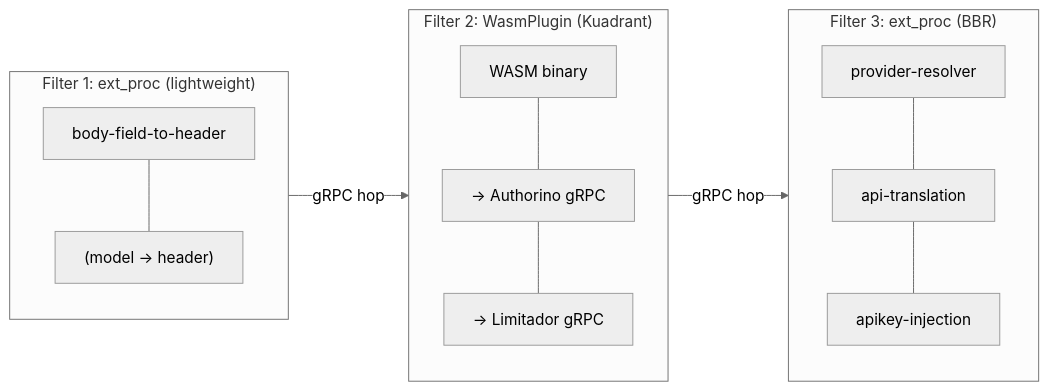
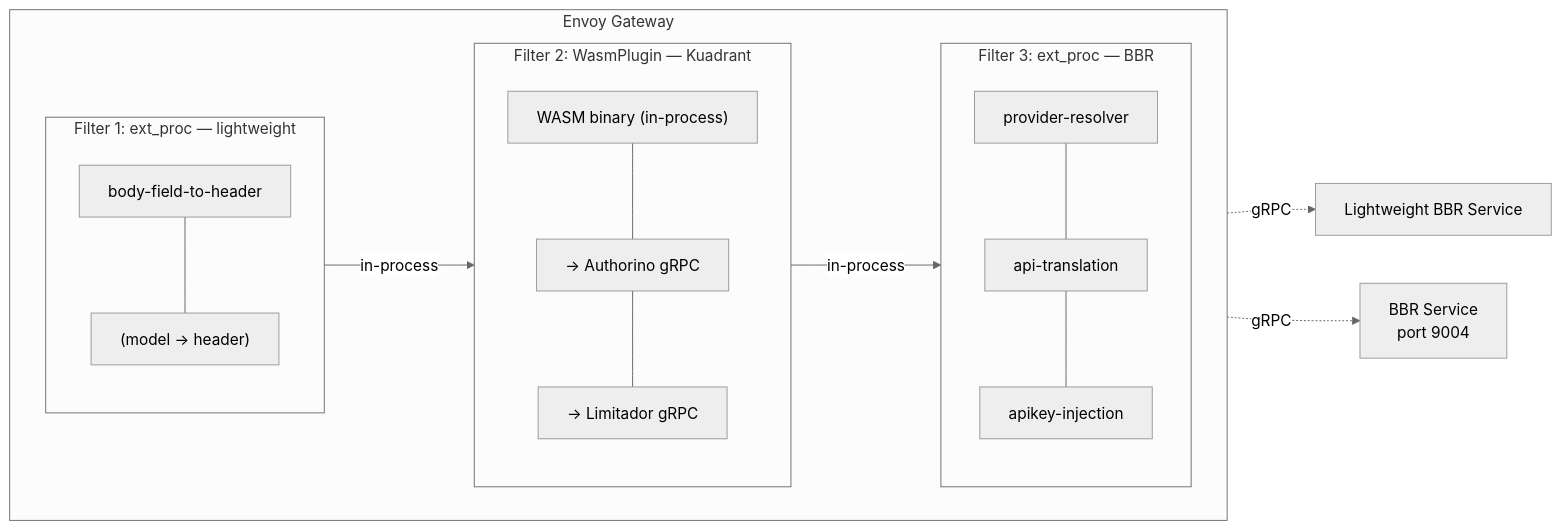
The third of 11 diagrams in unified-gateway-bbr-proposal/proposal.md (noyitz/maas-designs), drawn with Mermaid (neutral theme) before and after one commit. The commit also changed other lines of this file, not shown here.

Commit message:
Fix hop labels: in-process between Envoy filters, gRPC only to external services. Convert problem statement diagram to Mermaid.

````diff
--- a/unified-gateway-bbr-proposal/proposal.md
+++ b/unified-gateway-bbr-proposal/proposal.md
@@ -152,27 +167,29 @@
 ```mermaid
 graph LR
-    subgraph filter1["Filter 1: ext_proc (lightweight)"]
-        direction TB
-        L1["body-field-to-header"]
-        L2["(model → header)"]
-        L1 --- L2
+    subgraph envoy["Envoy Gateway"]
+        direction LR
+        subgraph filter1["Filter 1: ext_proc — lightweight"]
+            direction TB
+            L1["body-field-to-header"]
+            L2["(model → header)"]
+            L1 --- L2
+        end
+        subgraph filter2["Filter 2: WasmPlugin — Kuadrant"]
+            direction TB
+            W1["WASM binary (in-process)"]
+            W2["→ Authorino gRPC"]
+            W3["→ Limitador gRPC"]
+            W1 --- W2 --- W3
+        end
+        subgraph filter3["Filter 3: ext_proc — BBR"]
+            direction TB
+            B1["provider-resolver"]
+            B2["api-translation"]
+            B3["apikey-injection"]
+            B1 --- B2 --- B3
+        end
+        filter1 -->|in-process| filter2 -->|in-process| filter3
     end
-
-    subgraph filter2["Filter 2: WasmPlugin (Kuadrant)"]
-        direction TB
-        W1["WASM binary"]
-        W2["→ Authorino gRPC"]
-        W3["→ Limitador gRPC"]
-        W1 --- W2 --- W3
-    end
-
-    subgraph filter3["Filter 3: ext_proc (BBR)"]
-        direction TB
-        B1["provider-resolver"]
-        B2["api-translation"]
-        B3["apikey-injection"]
-        B1 --- B2 --- B3
-    end
-
-    filter1 -->|gRPC hop| filter2 -->|gRPC hop| filter3
+    filter1 -.->|gRPC| ExtLight["Lightweight BBR Service"]
+    filter3 -.->|gRPC| ExtBBR["BBR Service<br/>port 9004"]
 ```
````
